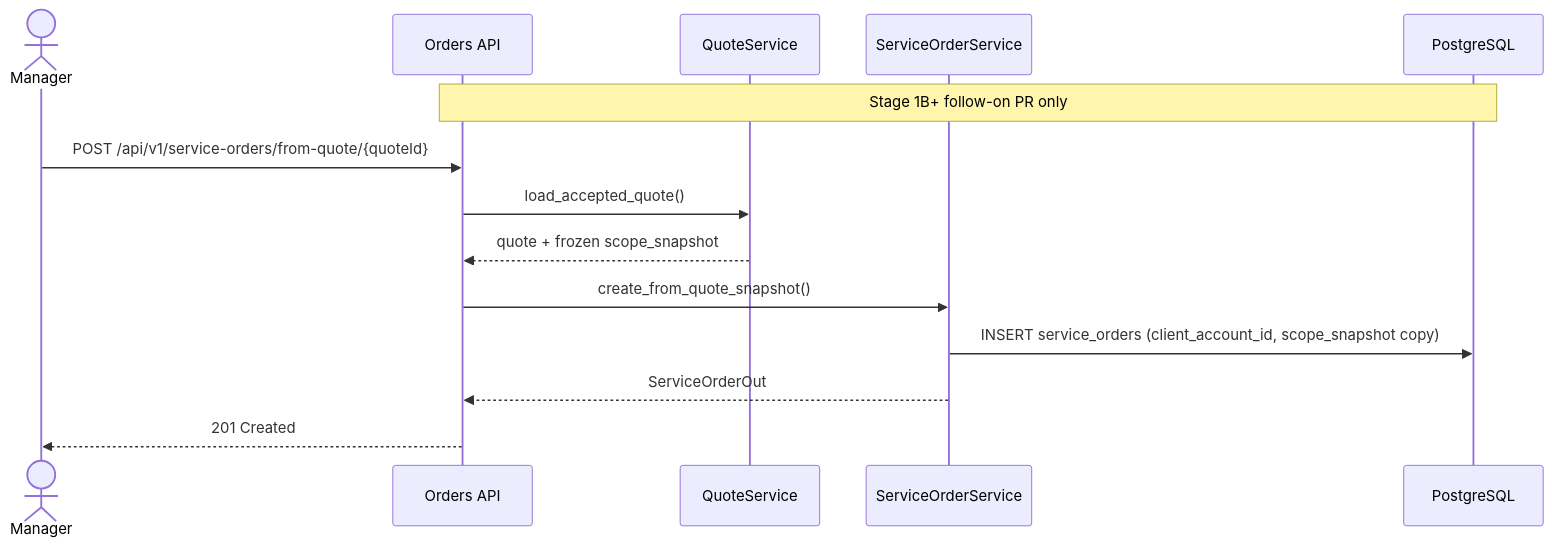
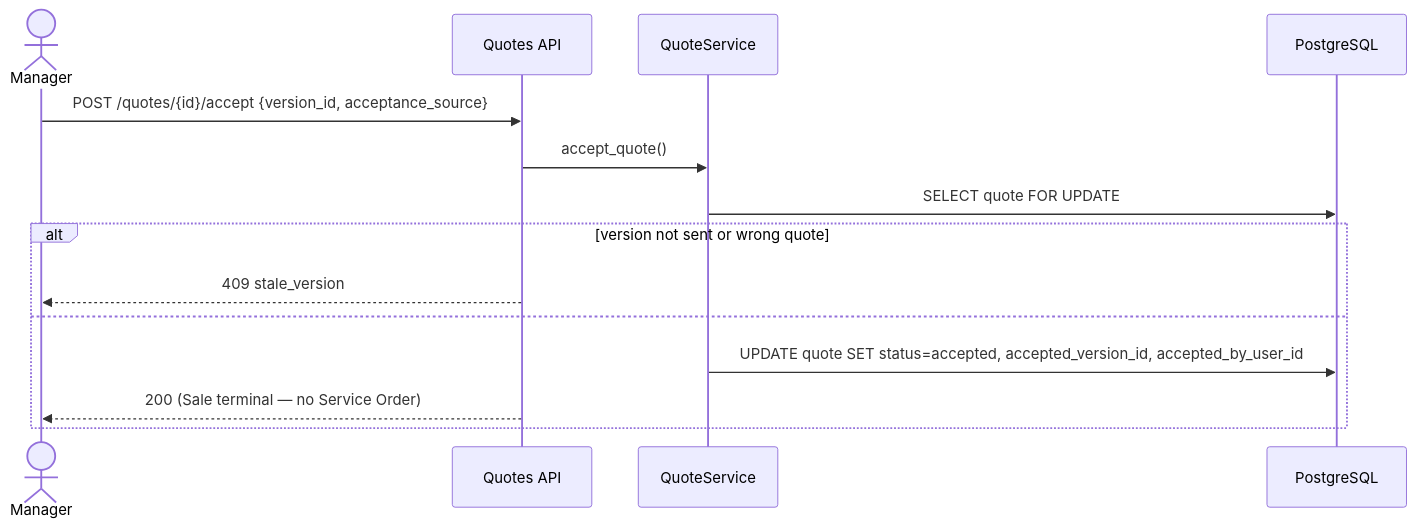
Before and after one commit to igortatarynovich/HostFlow: the fourth of 6 diagrams in docs/specs/workflows/stage-1b-quote-lifecycle-sequences.md, drawn with Mermaid. The commit also changed other lines of this file and 5 other files, not shown here.

````diff
--- a/docs/specs/workflows/stage-1b-quote-lifecycle-sequences.md
+++ b/docs/specs/workflows/stage-1b-quote-lifecycle-sequences.md
@@ -85,18 +71,17 @@
 ```mermaid
 sequenceDiagram
     actor M as Manager
-    participant API as Orders API
-    participant QS as QuoteService
-    participant OS as ServiceOrderService
+    participant API as Quotes API
+    participant SVC as QuoteService
     participant DB as PostgreSQL
 
-    Note over API,DB: Stage 1B+ follow-on PR only
-
-    M->>API: POST /api/v1/service-orders/from-quote/{quoteId}
-    API->>QS: load_accepted_quote()
-    QS-->>API: quote + frozen scope_snapshot
-    API->>OS: create_from_quote_snapshot()
-    OS->>DB: INSERT service_orders (client_account_id, scope_snapshot copy)
-    OS-->>API: ServiceOrderOut
-    API-->>M: 201 Created
+    M->>API: POST /quotes/{id}/accept {version_id, acceptance_source}
+    API->>SVC: accept_quote()
+    SVC->>DB: SELECT quote FOR UPDATE
+    alt version not sent or wrong quote
+        API-->>M: 409 stale_version
+    else
+        SVC->>DB: UPDATE quote SET status=accepted, accepted_version_id, accepted_by_user_id
+        API-->>M: 200 (Sale terminal — no Service Order)
+    end
 ```
````
